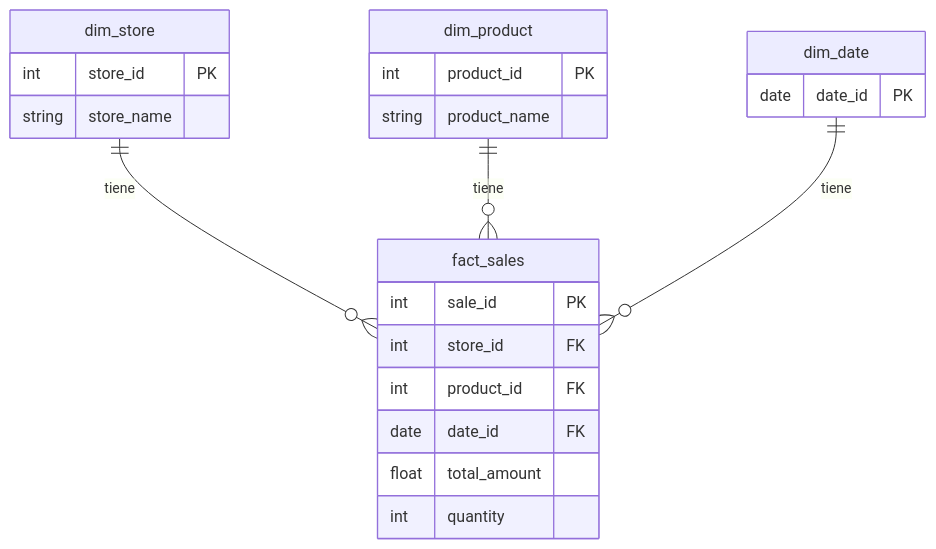
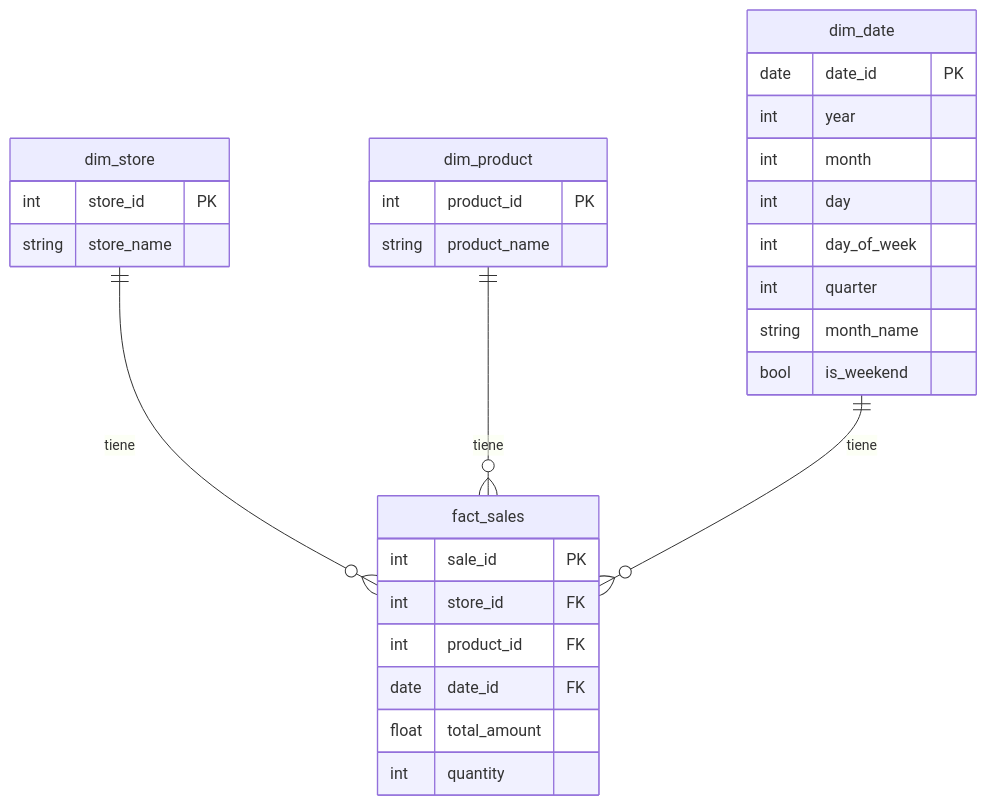
Before and after one commit to walterjesus88/restaurant-data-platform-full: the diagram in docs/star_schema.md, drawn with Mermaid. The commit also changed other lines of this file and 2 other files, not shown here.

Commit message:
Enrich dim_date with quarter, month_name, is_weekend. Pre-populate 5yr back, 1yr forward using GENERATE_DATE_ARRAY

````diff
--- a/docs/star_schema.md
+++ b/docs/star_schema.md
@@ -5,29 +5,36 @@
 ```mermaid
 erDiagram
     dim_store ||--o{ fact_sales : tiene
     dim_product ||--o{ fact_sales : tiene
     dim_date ||--o{ fact_sales : tiene
 
     dim_store {
         int store_id PK
         string store_name
     }
 
     dim_product {
         int product_id PK
         string product_name
     }
 
     dim_date {
         date date_id PK
+        int year
+        int month
+        int day
+        int day_of_week
+        int quarter
+        string month_name
+        bool is_weekend
     }
 
     fact_sales {
         int sale_id PK
         int store_id FK
         int product_id FK
         date date_id FK
         float total_amount
         int quantity
     }
 ```
````
